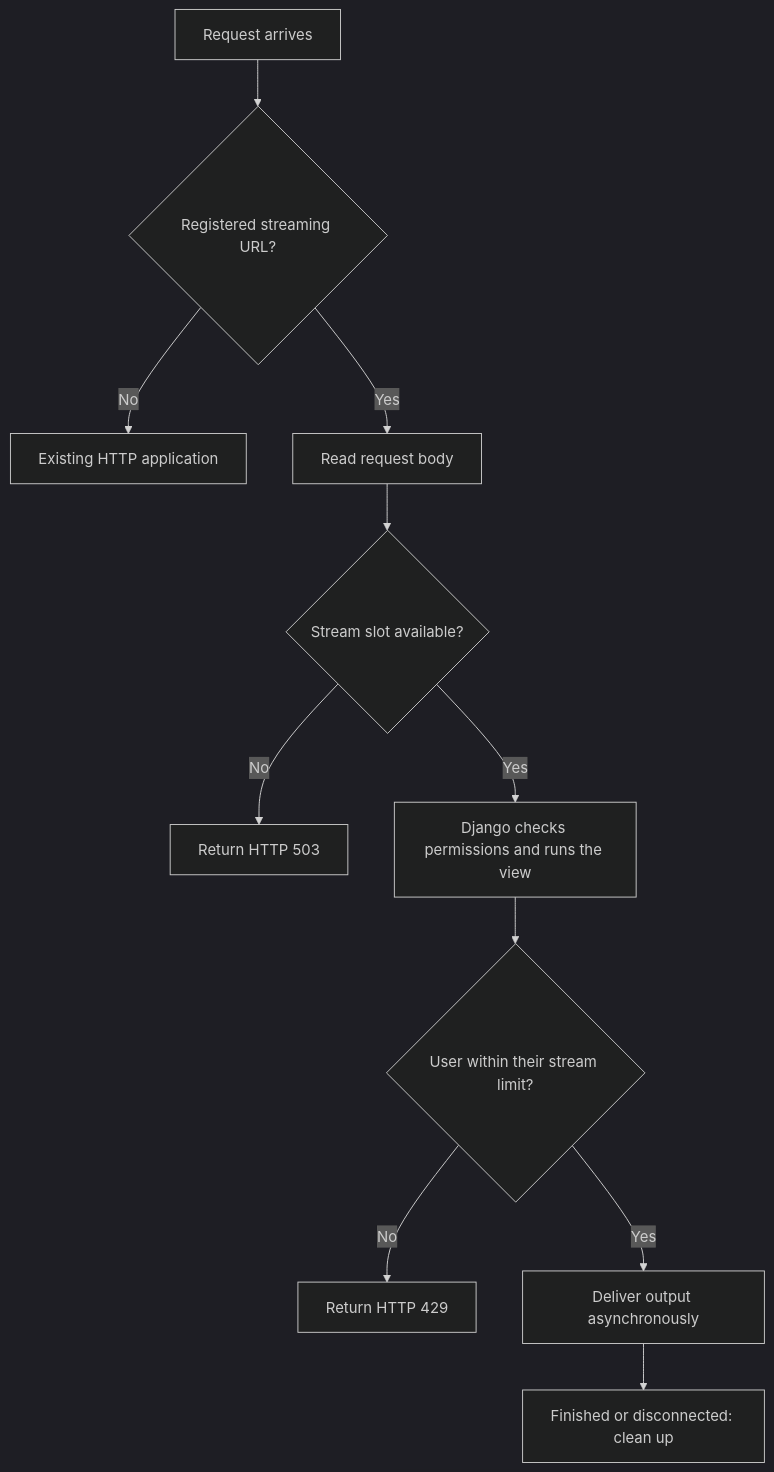
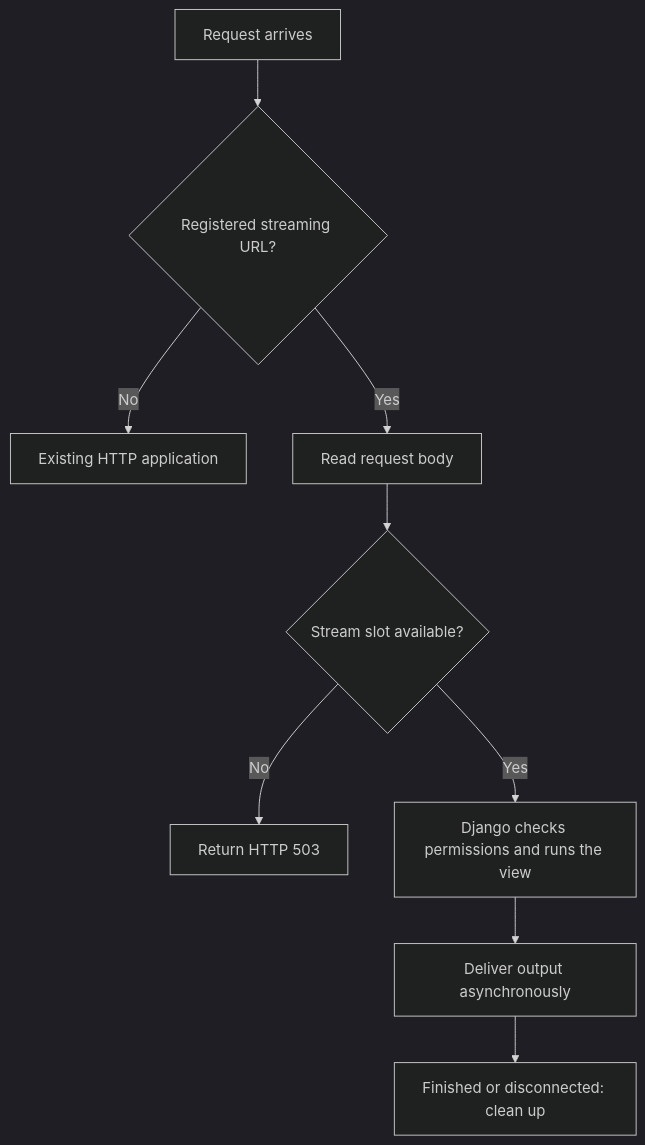
The second of 2 diagrams in docs/development/background-chat-runs.md (baserow/baserow), drawn with Mermaid (dark theme) before and after one commit. The commit also changed other lines of this file and 18 other files, not shown here.

````diff
--- a/docs/development/background-chat-runs.md
+++ b/docs/development/background-chat-runs.md
@@ -192,13 +205,11 @@
 ```mermaid
 flowchart TD
     A[Request arrives] --> B{Registered streaming URL?}
     B -->|No| C[Existing HTTP application]
     B -->|Yes| D[Read request body]
     D --> E{Stream slot available?}
     E -->|No| F[Return HTTP 503]
     E -->|Yes| G[Django checks permissions and runs the view]
-    G --> J{User within their stream limit?}
-    J -->|No| K[Return HTTP 429]
-    J -->|Yes| H[Deliver output asynchronously]
+    G --> H[Deliver output asynchronously]
     H --> I[Finished or disconnected: clean up]
 ```
````
